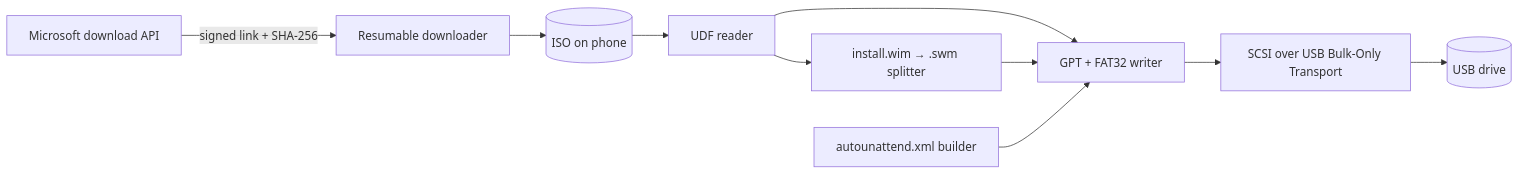
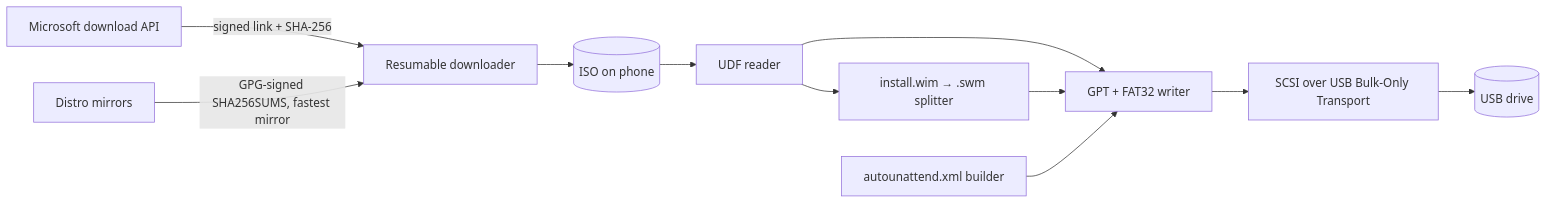
One commit to Ruchin-Audichya/anvil-usb changed the diagram in README.md. Above: the diagram before and after it, drawn with Mermaid. The commit also changed other lines of this file and 6 other files, not shown here.

````diff
--- a/README.md
+++ b/README.md
@@ -90,12 +105,13 @@
 ```mermaid
 flowchart LR
     MS[Microsoft download API] -->|signed link + SHA-256| DL[Resumable downloader]
+    LX[Distro mirrors] -->|GPG-signed SHA256SUMS, fastest mirror| DL
     DL --> ISO[(ISO on phone)]
     ISO --> UDF[UDF reader]
     UDF --> WIM[install.wim → .swm splitter]
     UDF --> FAT[GPT + FAT32 writer]
     WIM --> FAT
     UA[autounattend.xml builder] --> FAT
     FAT --> SCSI[SCSI over USB Bulk-Only Transport]
     SCSI --> USB[(USB drive)]
 ```
````
